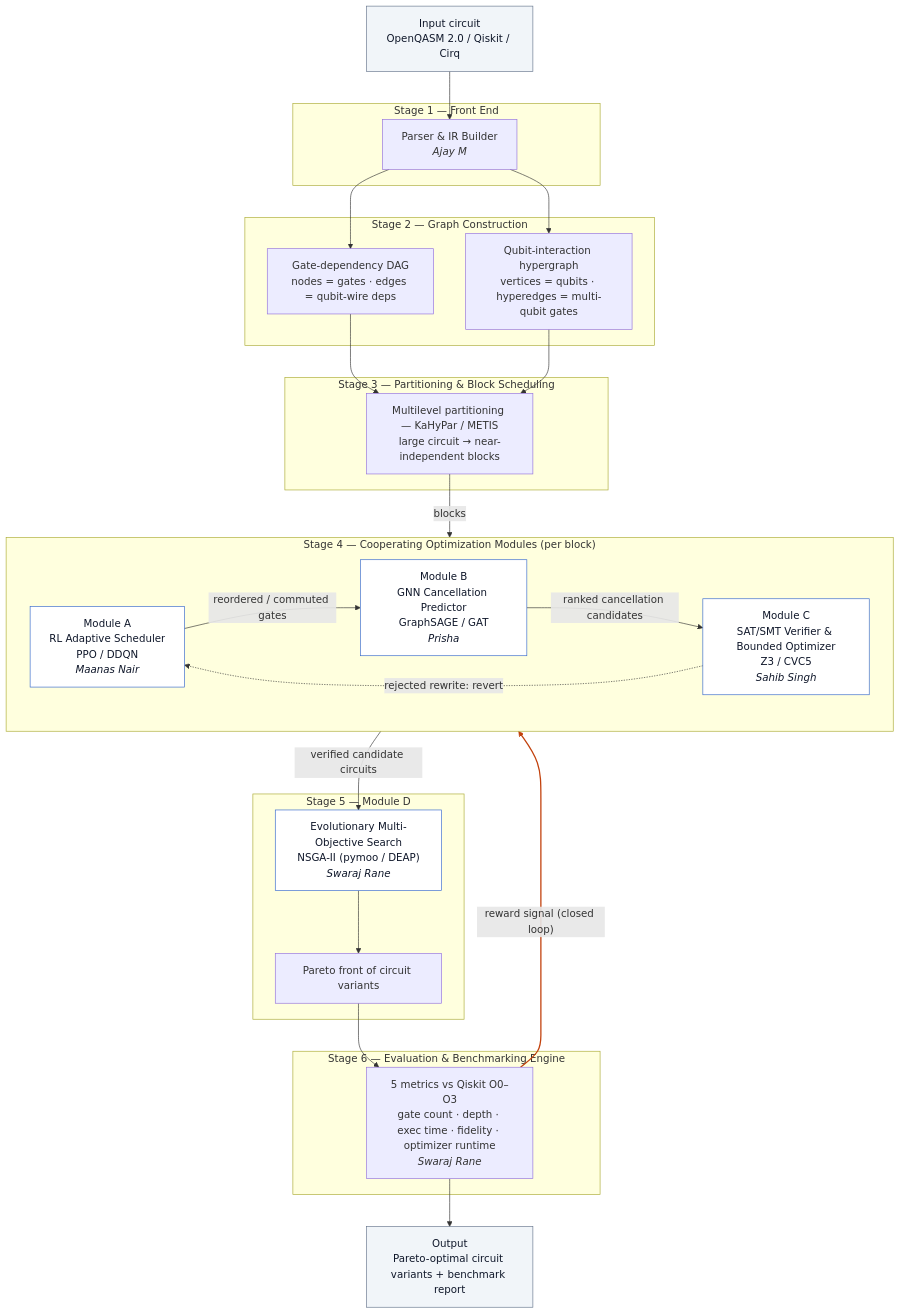
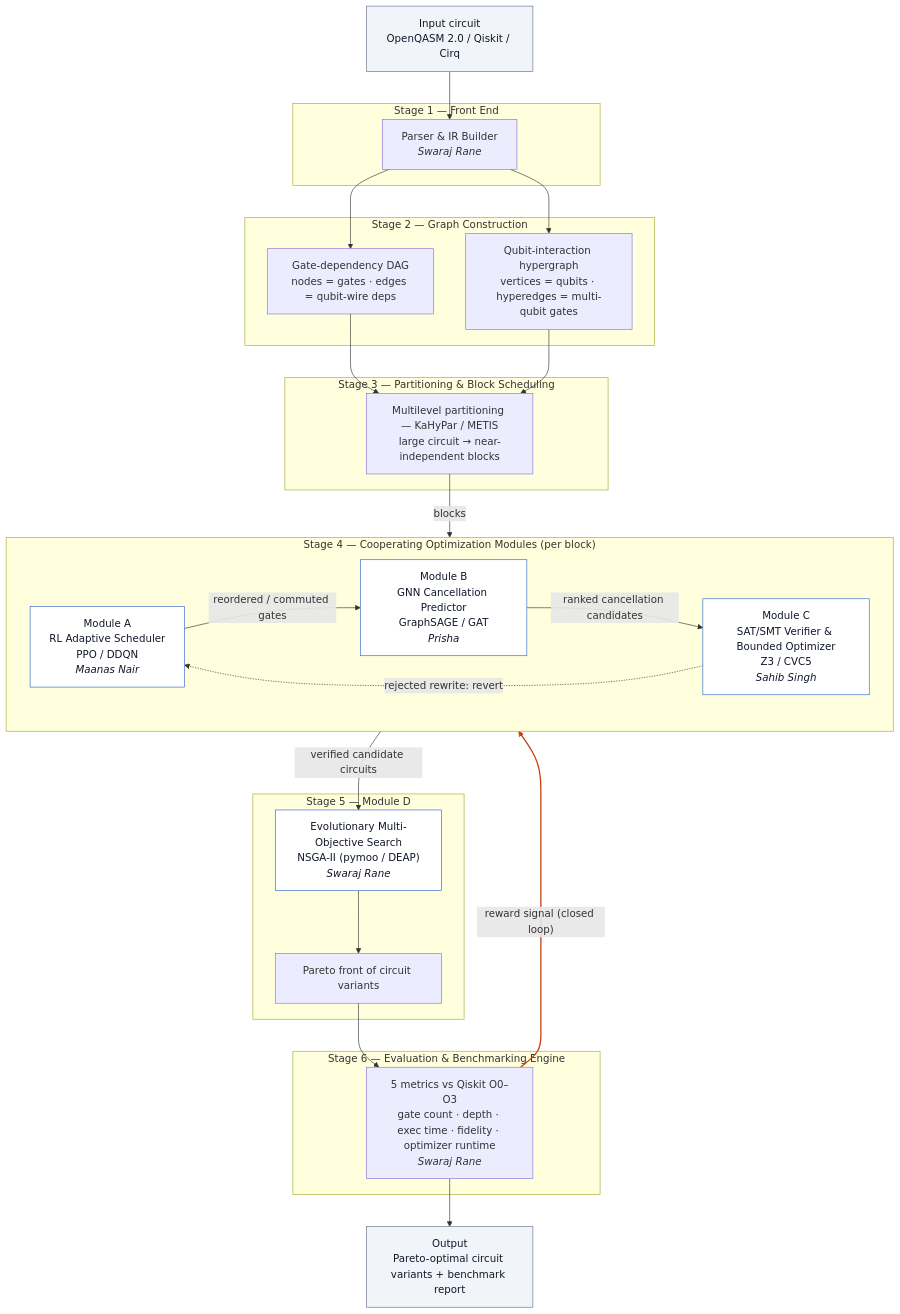
The diagram in docs/architecture.md (ArmouredOre/quantum-compiler-optimization), drawn with Mermaid before and after one commit. The commit also changed other lines of this file and 11 other files, not shown here.

First line of the commit message:
docs: remove Ajay M from roster, reassign Stages 1-3 to Swaraj Rane; add novelty plan (#22)

````diff
--- a/docs/architecture.md
+++ b/docs/architecture.md
@@ -35,56 +35,56 @@
 ```mermaid
 flowchart TD
     IN["Input circuit<br/>OpenQASM 2.0 / Qiskit / Cirq"]
 
     subgraph S1["Stage 1 — Front End"]
-        P["Parser &amp; IR Builder<br/><i>Ajay M</i>"]
+        P["Parser &amp; IR Builder<br/><i>Swaraj Rane</i>"]
     end
 
     subgraph S2["Stage 2 — Graph Construction"]
         DAG["Gate-dependency DAG<br/>nodes = gates · edges = qubit-wire deps"]
         HG["Qubit-interaction hypergraph<br/>vertices = qubits · hyperedges = multi-qubit gates"]
     end
 
     subgraph S3["Stage 3 — Partitioning &amp; Block Scheduling"]
         PART["Multilevel partitioning — KaHyPar / METIS<br/>large circuit &rarr; near-independent blocks"]
     end
 
     subgraph S4["Stage 4 — Cooperating Optimization Modules  (per block)"]
         direction LR
         MA["Module A<br/>RL Adaptive Scheduler<br/>PPO / DDQN<br/><i>Maanas Nair</i>"]
         MB["Module B<br/>GNN Cancellation Predictor<br/>GraphSAGE / GAT<br/><i>Prisha</i>"]
         MC["Module C<br/>SAT/SMT Verifier &amp; Bounded Optimizer<br/>Z3 / CVC5<br/><i>Sahib Singh</i>"]
         MA -- "reordered / commuted gates" --> MB
         MB -- "ranked cancellation candidates" --> MC
         MC -. "rejected rewrite: revert" .-> MA
     end
 
     subgraph S5["Stage 5 — Module D"]
         EA["Evolutionary Multi-Objective Search<br/>NSGA-II (pymoo / DEAP)<br/><i>Swaraj Rane</i>"]
         PF["Pareto front of circuit variants"]
         EA --> PF
     end
 
     subgraph S6["Stage 6 — Evaluation &amp; Benchmarking Engine"]
         EV["5 metrics vs Qiskit O0–O3<br/>gate count · depth · exec time · fidelity · optimizer runtime<br/><i>Swaraj Rane</i>"]
     end
 
     OUT["Output<br/>Pareto-optimal circuit variants + benchmark report"]
 
     IN --> P
     P --> DAG
     P --> HG
     DAG --> PART
     HG --> PART
     PART -- "blocks" --> MA
     MC -- "verified candidate circuits" --> EA
     PF --> EV
     EV --> OUT
     EV == "reward signal (closed loop)" ==> MA
 
     classDef io fill:#f1f5f9,stroke:#64748b,color:#0f172a;
     classDef mod fill:#ffffff,stroke:#3366cc,color:#0f172a;
     class IN,OUT io;
     class MA,MB,MC,EA mod;
     linkStyle 13 stroke:#c2410c,stroke-width:2px;
 ```
````
